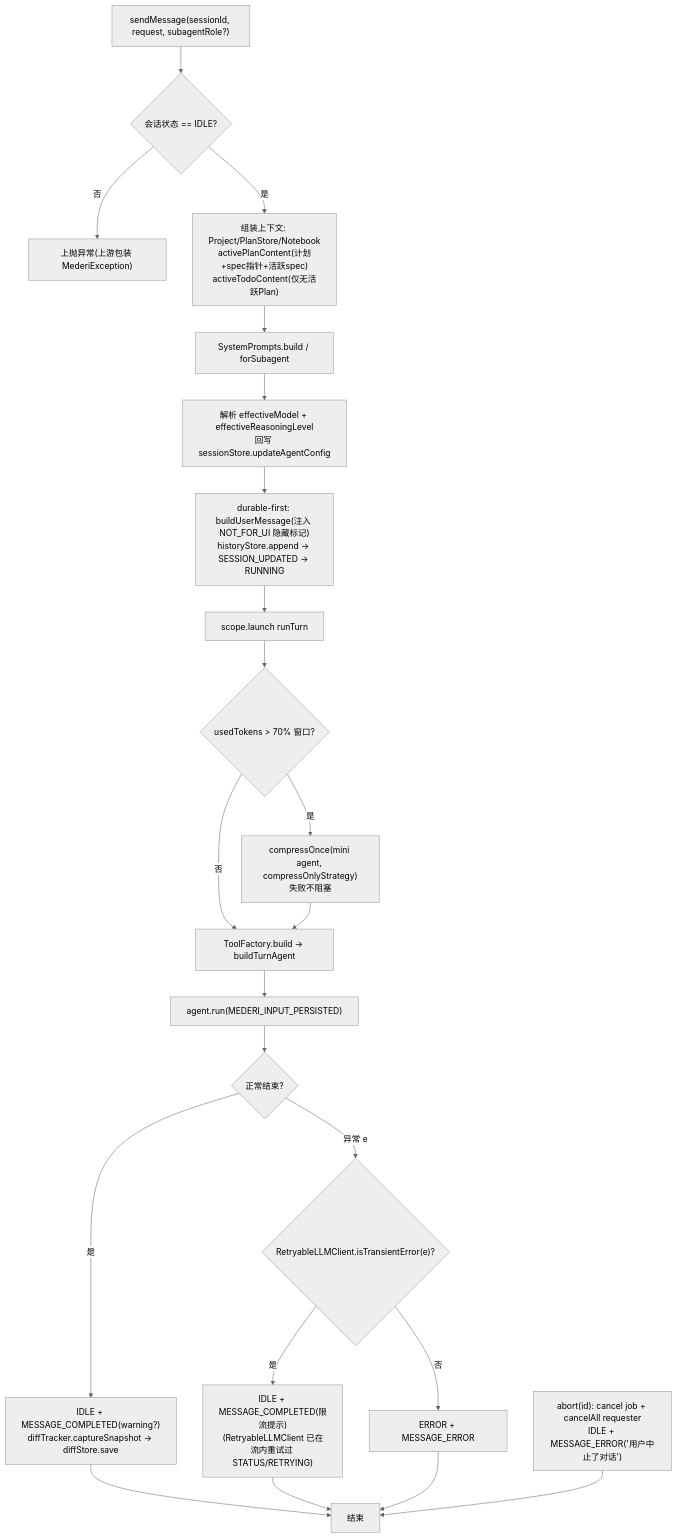
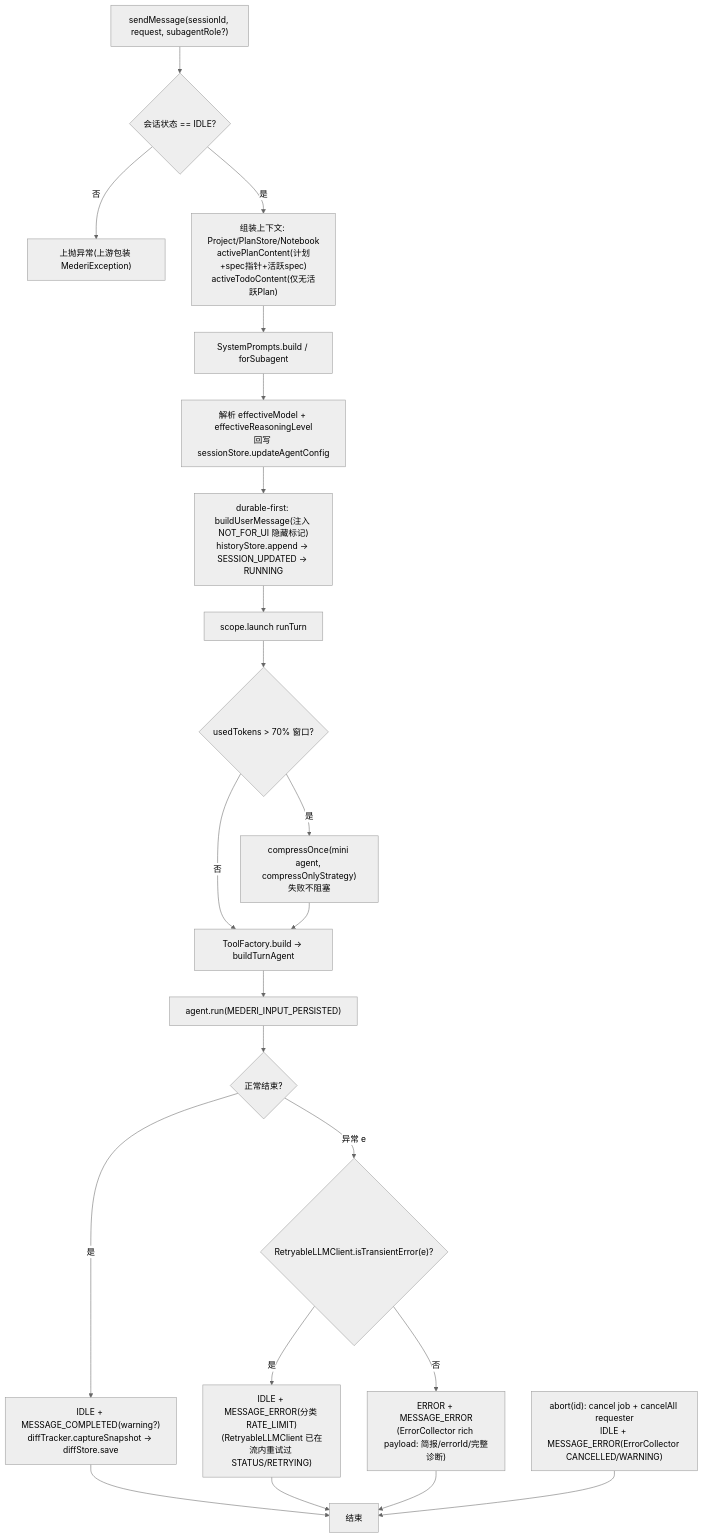
Before and after one commit to lzdev42/mederi: the second of 15 diagrams in mederi/docs/architecture/04-flows.md, drawn with Mermaid (neutral theme). The commit also changed other lines of this file and 45 other files, not shown here.

````diff
--- a/mederi/docs/architecture/04-flows.md
+++ b/mederi/docs/architecture/04-flows.md
@@ -69,22 +69,22 @@
 ```mermaid
 flowchart TD
     S["sendMessage(sessionId, request, subagentRole?)"] --> V{"会话状态 == IDLE?"}
     V -- "否" --> E1["上抛异常(上游包装 MederiException)"]
     V -- "是" --> PREP["组装上下文: Project/PlanStore/Notebook<br/>activePlanContent(计划+spec指针+活跃spec)<br/>activeTodoContent(仅无活跃Plan)"]
     PREP --> SP["SystemPrompts.build / forSubagent"]
     SP --> CFG["解析 effectiveModel + effectiveReasoningLevel<br/>回写 sessionStore.updateAgentConfig"]
     CFG --> DF["durable-first: buildUserMessage(注入 NOT_FOR_UI 隐藏标记)<br/>historyStore.append → SESSION_UPDATED → RUNNING"]
     DF --> BG["scope.launch runTurn"]
     BG --> PF{"usedTokens > 70% 窗口?"}
     PF -- "是" --> COMP["compressOnce(mini agent, compressOnlyStrategy)<br/>失败不阻塞"]
     PF -- "否" --> BUILD
     COMP --> BUILD["ToolFactory.build → buildTurnAgent"]
     BUILD --> RUN["agent.run(MEDERI_INPUT_PERSISTED)"]
     RUN --> OK{"正常结束?"}
     OK -- "是" --> DONE["IDLE + MESSAGE_COMPLETED(warning?)<br/>diffTracker.captureSnapshot → diffStore.save"]
     OK -- "异常 e" --> T{"RetryableLLMClient.isTransientError(e)?"}
-    T -- "是" --> IDLE["IDLE + MESSAGE_COMPLETED(限流提示)<br/>(RetryableLLMClient 已在流内重试过 STATUS/RETRYING)"]
-    T -- "否" --> ERR["ERROR + MESSAGE_ERROR"]
+    T -- "是" --> IDLE["IDLE + MESSAGE_ERROR(分类 RATE_LIMIT)<br/>(RetryableLLMClient 已在流内重试过 STATUS/RETRYING)"]
+    T -- "否" --> ERR["ERROR + MESSAGE_ERROR<br/>(ErrorCollector rich payload: 简报/errorId/完整诊断)"]
     DONE & IDLE & ERR --> STOP
-    ABORT["abort(id): cancel job + cancelAll requester<br/>IDLE + MESSAGE_ERROR('用户中止了对话')"] --> STOP["结束"]
+    ABORT["abort(id): cancel job + cancelAll requester<br/>IDLE + MESSAGE_ERROR(ErrorCollector CANCELLED/WARNING)"] --> STOP["结束"]
 ```
````
